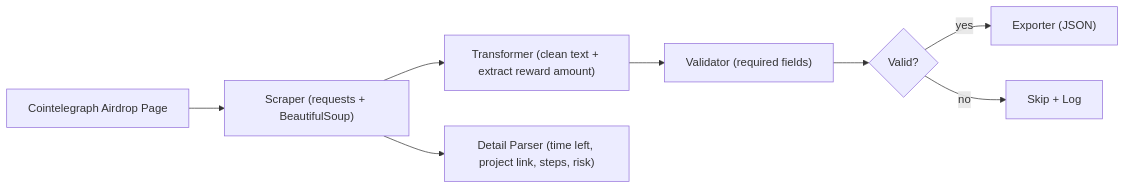
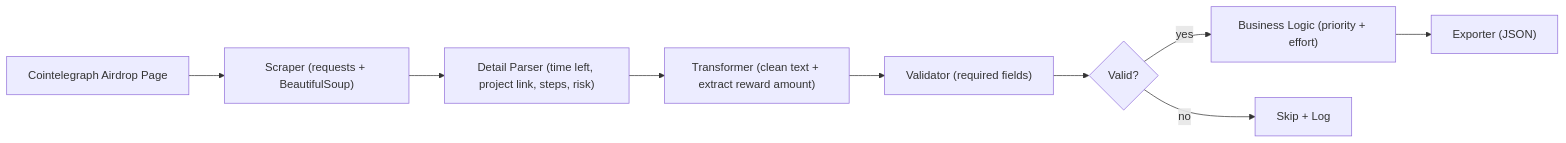
The diagram in README.md (DaewoongLime/PPDS_assignment2), drawn with Mermaid before and after one commit. The commit also changed other lines of this file and 7 other files, not shown here.

````diff
--- a/README.md
+++ b/README.md
@@ -17,10 +25,11 @@
 ```mermaid
 flowchart LR
   A["Cointelegraph Airdrop Page"] --> B["Scraper (requests + BeautifulSoup)"]
-  B --> C["Transformer (clean text + extract reward amount)"]
+  B --> E["Detail Parser (time left, project link, steps, risk)"]
+  E --> C["Transformer (clean text + extract reward amount)"]
   C --> D["Validator (required fields)"]
-  B --> E["Detail Parser (time left, project link, steps, risk)"]
   D --> F{Valid?}
-  F -- yes --> G["Exporter (JSON)"]
+  F -- yes --> G["Business Logic (priority + effort)"]
+  G --> H["Exporter (JSON)"]
   F -- no --> X["Skip + Log"]
 ```
````
